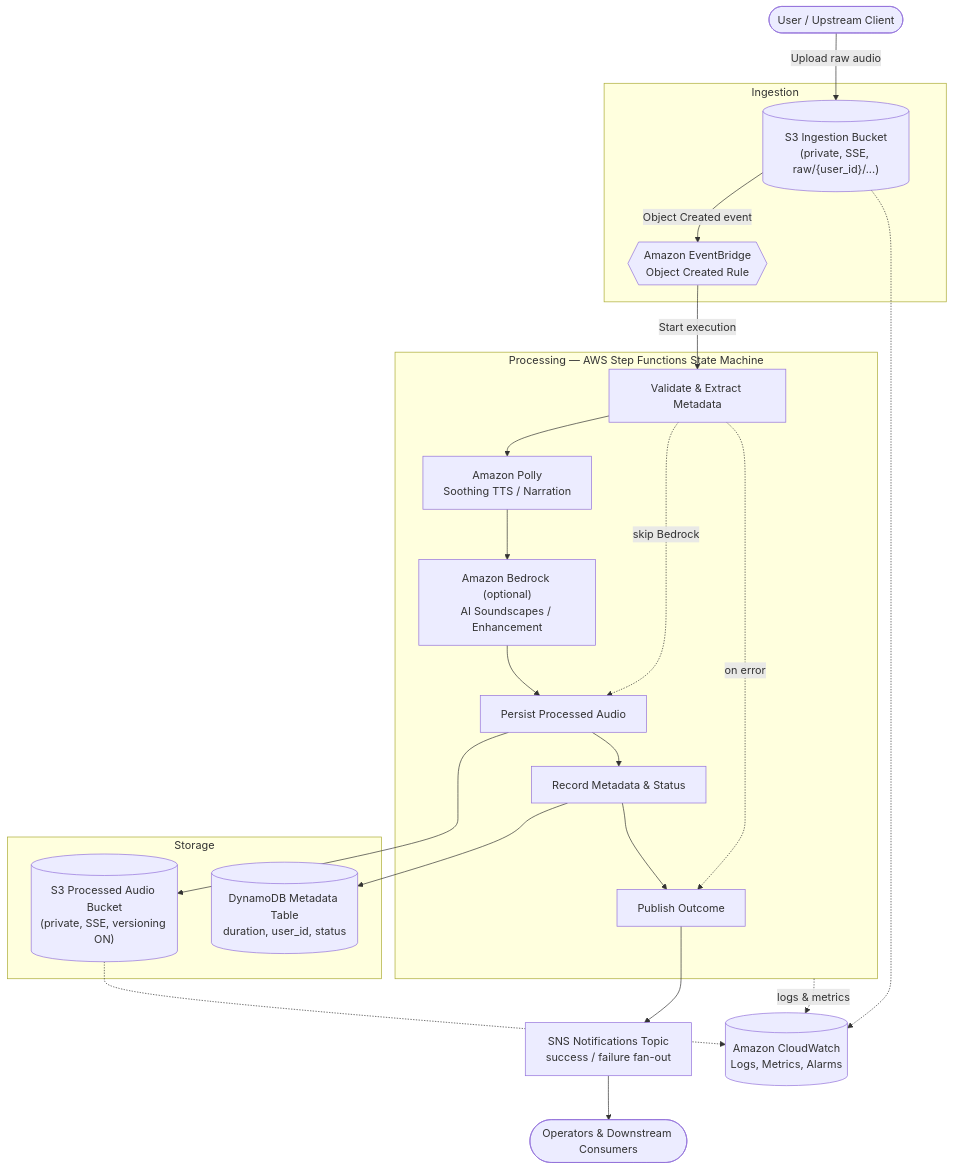
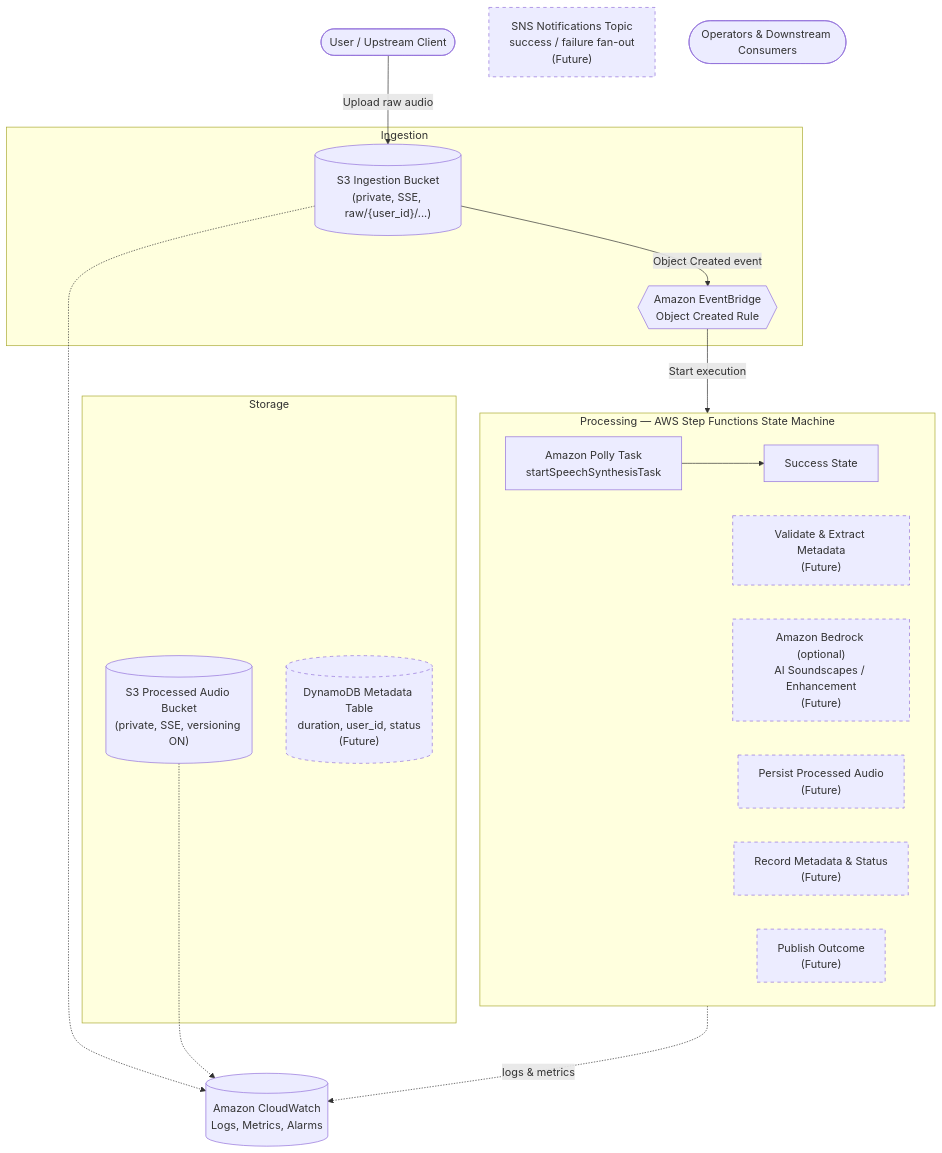
The diagram in ARCHITECTURE.md (obstreperous-ai/cdk-sleep-java-copilot), drawn with Mermaid before and after one commit. The commit also changed other lines of this file, not shown here.

First line of the commit message:
docs: Update ARCHITECTURE.md for Issue #4 - Step Functions and Polly integration

````diff
--- a/ARCHITECTURE.md
+++ b/ARCHITECTURE.md
@@ -67,47 +68,48 @@
 ```mermaid
 flowchart TD
     User([User / Upstream Client])
 
     subgraph Ingestion
         S3In[("S3 Ingestion Bucket<br/>(private, SSE, raw/{user_id}/...)")]
         EB{{"Amazon EventBridge<br/>Object Created Rule"}}
     end
 
     subgraph Processing["Processing — AWS Step Functions State Machine"]
-        Validate["Validate & Extract Metadata"]
-        Polly["Amazon Polly<br/>Soothing TTS / Narration"]
-        Bedrock["Amazon Bedrock (optional)<br/>AI Soundscapes / Enhancement"]
-        Persist["Persist Processed Audio"]
-        Catalog["Record Metadata & Status"]
-        Notify["Publish Outcome"]
+        direction LR
+        Polly["Amazon Polly Task<br/>startSpeechSynthesisTask"]
+        Success["Success State"]
+        Polly --> Success
+        
+        %% Future states (not yet implemented)
+        Validate["Validate & Extract Metadata<br/>(Future)"]
+        Bedrock["Amazon Bedrock (optional)<br/>AI Soundscapes / Enhancement<br/>(Future)"]
+        Persist["Persist Processed Audio<br/>(Future)"]
+        Catalog["Record Metadata & Status<br/>(Future)"]
+        Notify["Publish Outcome<br/>(Future)"]
+        
+        style Validate stroke-dasharray: 5 5
+        style Bedrock stroke-dasharray: 5 5
+        style Persist stroke-dasharray: 5 5
+        style Catalog stroke-dasharray: 5 5
+        style Notify stroke-dasharray: 5 5
     end
 
     subgraph Storage
         S3Out[("S3 Processed Audio Bucket<br/>(private, SSE, versioning ON)")]
-        DDB[("DynamoDB Metadata Table<br/>duration, user_id, status")]
+        DDB[("DynamoDB Metadata Table<br/>duration, user_id, status<br/>(Future)")]
+        style DDB stroke-dasharray: 5 5
     end
 
-    SNS["SNS Notifications Topic<br/>success / failure fan-out"]
+    SNS["SNS Notifications Topic<br/>success / failure fan-out<br/>(Future)"]
+    style SNS stroke-dasharray: 5 5
     Ops([Operators & Downstream Consumers])
     CW[("Amazon CloudWatch<br/>Logs, Metrics, Alarms")]
 
     User -->|Upload raw audio| S3In
     S3In -->|Object Created event| EB
-    EB -->|Start execution| Validate
-    Validate --> Polly
-    Polly --> Bedrock
-    Bedrock --> Persist
-    Validate -.->|skip Bedrock| Persist
-    Persist --> S3Out
-    Persist --> Catalog
-    Catalog --> DDB
-    Catalog --> Notify
-    Notify --> SNS
-    SNS --> Ops
-
-    Validate -.->|on error| Notify
+    EB -->|Start execution| Polly
 
     Processing -.->|logs & metrics| CW
     S3In -.-> CW
     S3Out -.-> CW
 ```
````
